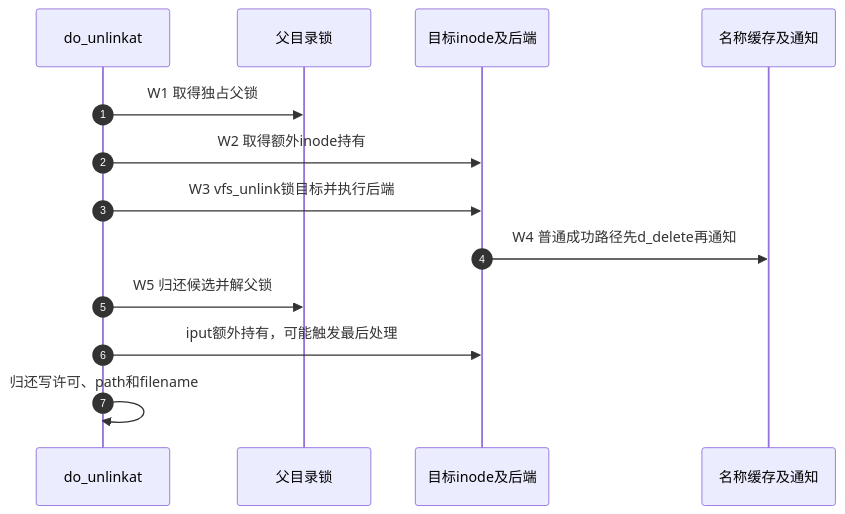
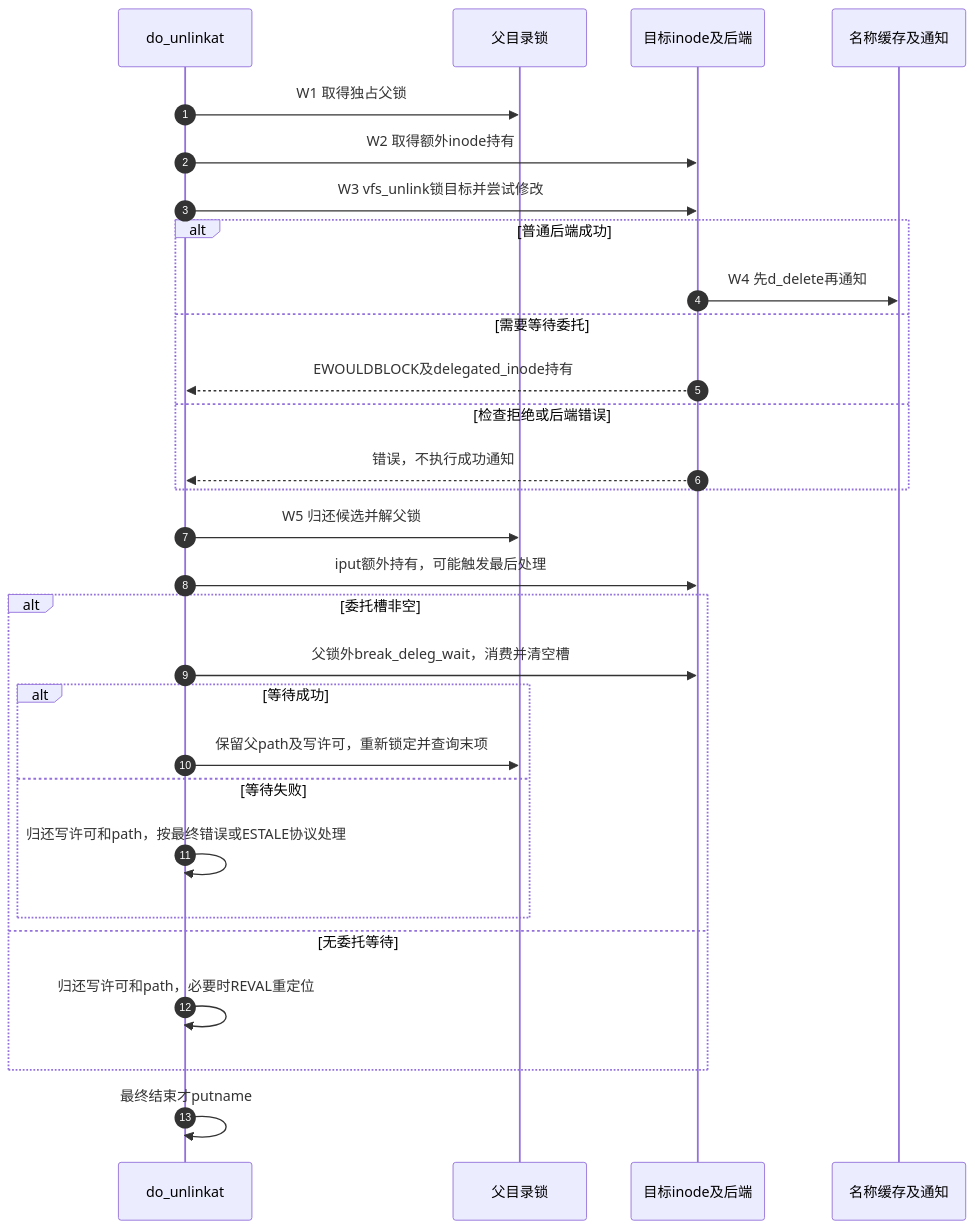
The first of 3 diagrams in research/source_reading/vfs/source_explanations/P20_名称链接的增加撤销与通知.md (FormingSystem/linux_note), drawn with Mermaid before and after one commit. The commit also changed other lines of this file and 7 other files, not shown here.

````diff
--- a/research/source_reading/vfs/source_explanations/P20_名称链接的增加撤销与通知.md
+++ b/research/source_reading/vfs/source_explanations/P20_名称链接的增加撤销与通知.md
@@ -164,15 +186,31 @@
 ```mermaid
 sequenceDiagram
     autonumber
     participant U as do_unlinkat
     participant P as 父目录锁
     participant I as 目标inode及后端
     participant D as 名称缓存及通知
     U->>P: W1 取得独占父锁
     U->>I: W2 取得额外inode持有
-    U->>I: W3 vfs_unlink锁目标并执行后端
-    I->>D: W4 普通成功路径先d_delete再通知
+    U->>I: W3 vfs_unlink锁目标并尝试修改
+    alt 普通后端成功
+        I->>D: W4 先d_delete再通知
+    else 需要等待委托
+        I-->>U: EWOULDBLOCK及delegated_inode持有
+    else 检查拒绝或后端错误
+        I-->>U: 错误，不执行成功通知
+    end
     U->>P: W5 归还候选并解父锁
     U->>I: iput额外持有，可能触发最后处理
-    U->>U: 归还写许可、path和filename
+    alt 委托槽非空
+        U->>I: 父锁外break_deleg_wait，消费并清空槽
+        alt 等待成功
+            U->>P: 保留父path及写许可，重新锁定并查询末项
+        else 等待失败
+            U->>U: 归还写许可和path，按最终错误或ESTALE协议处理
+        end
+    else 无委托等待
+        U->>U: 归还写许可和path，必要时REVAL重定位
+    end
+    U->>U: 最终结束才putname
 ```
````
